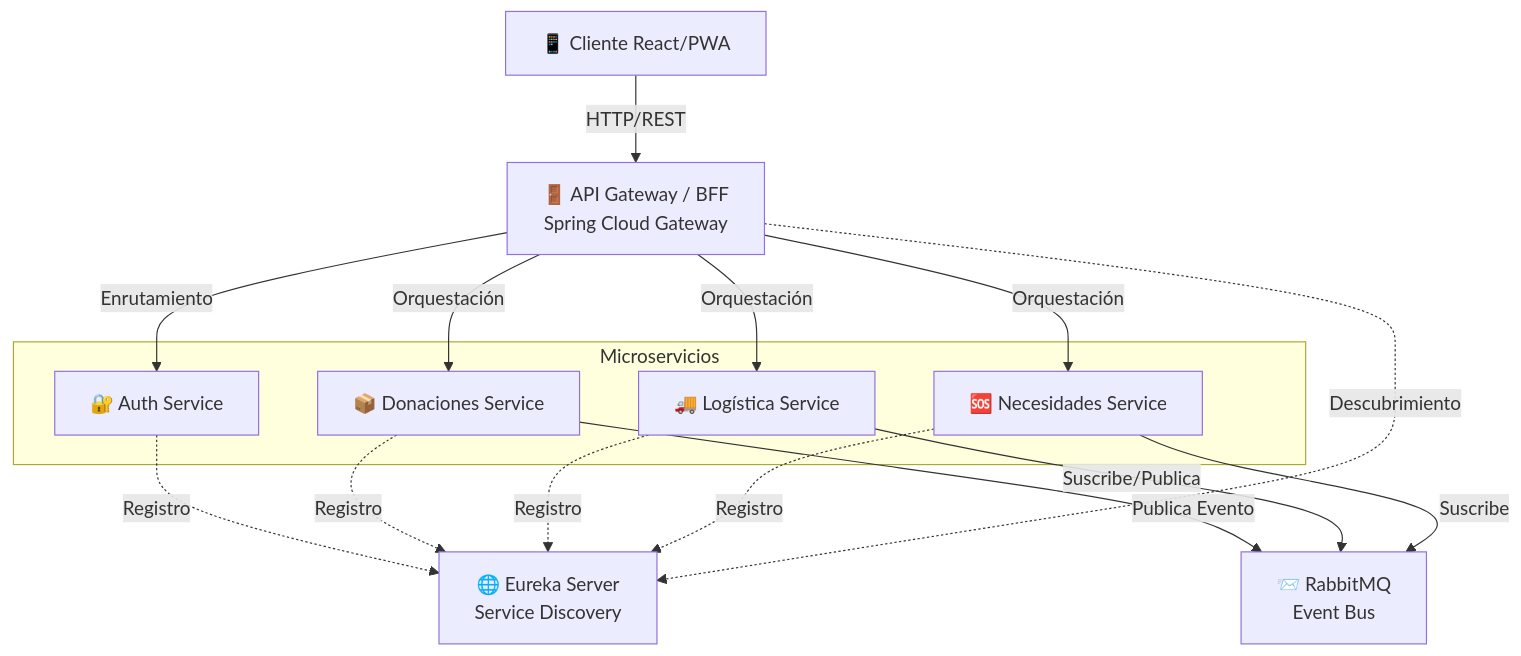
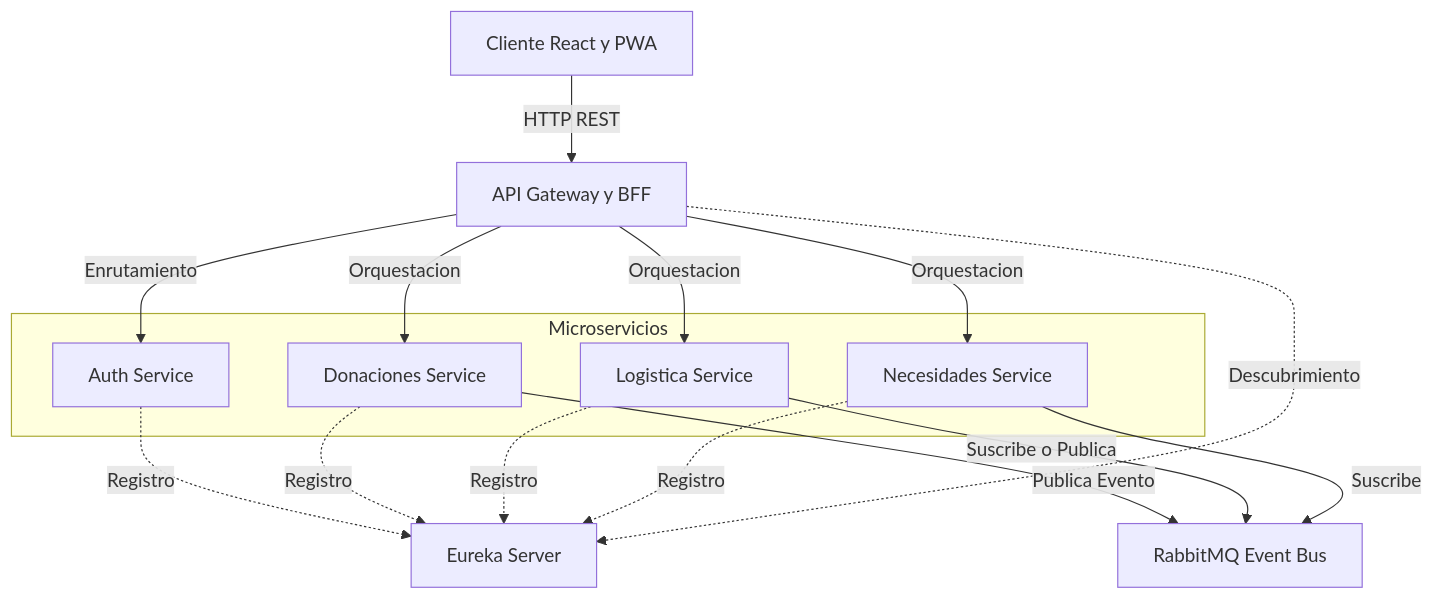
One commit to BrayanGLeo/Donaton-FullStack3 changed the diagram in README.md. Above: the diagram before and after it, drawn with Mermaid.

Commit message:
Solucion recontra definitiva al grafico mermaid

````diff
--- a/README.md
+++ b/README.md
@@ -30,32 +30,30 @@
 ```mermaid
 graph TD
-    %% Nodos
-    Client["📱 Cliente React/PWA"]
-    API_GW["🚪 API Gateway / BFF <br> Spring Cloud Gateway"]
-    Eureka["🌐 Eureka Server <br> Service Discovery"]
-    RabbitMQ["📨 RabbitMQ <br> Event Bus"]
+    Client["Cliente React y PWA"]
+    API_GW["API Gateway y BFF"]
+    Eureka["Eureka Server"]
+    RabbitMQ["RabbitMQ Event Bus"]
 
     subgraph Microservicios
-        Auth["🔐 Auth Service"]
-        Donaciones["📦 Donaciones Service"]
-        Logistica["🚚 Logística Service"]
-        Necesidades["🆘 Necesidades Service"]
+        Auth["Auth Service"]
+        Donaciones["Donaciones Service"]
+        Logistica["Logistica Service"]
+        Necesidades["Necesidades Service"]
     end
 
-    %% Relaciones
-    Client -->|HTTP/REST| API_GW
+    Client -->|HTTP REST| API_GW
     API_GW -->|Enrutamiento| Auth
-    API_GW -->|Orquestación| Donaciones
-    API_GW -->|Orquestación| Logistica
-    API_GW -->|Orquestación| Necesidades
+    API_GW -->|Orquestacion| Donaciones
+    API_GW -->|Orquestacion| Logistica
+    API_GW -->|Orquestacion| Necesidades
     
     Auth -.->|Registro| Eureka
     Donaciones -.->|Registro| Eureka
     Logistica -.->|Registro| Eureka
     Necesidades -.->|Registro| Eureka
     API_GW -.->|Descubrimiento| Eureka
 
     Donaciones -->|Publica Evento| RabbitMQ
-    Logistica -->|Suscribe/Publica| RabbitMQ
+    Logistica -->|Suscribe o Publica| RabbitMQ
     Necesidades -->|Suscribe| RabbitMQ
 ```
````
